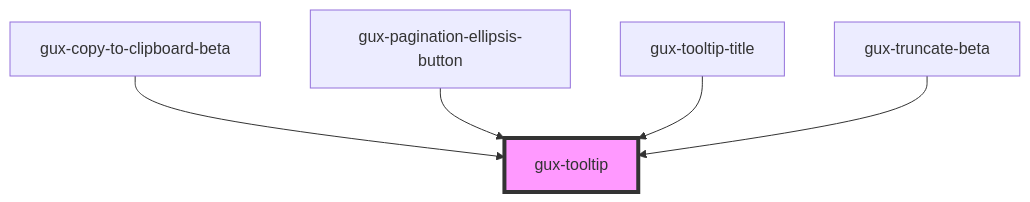
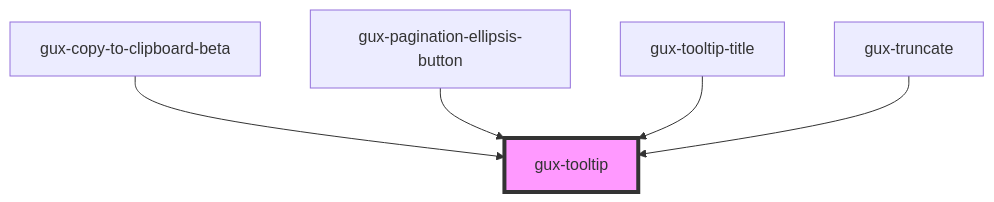
One commit to MyPureCloud/genesys-spark changed the diagram in packages/genesys-spark-components/src/components/stable/gux-tooltip/readme.md. Above: the diagram before and after it, drawn with Mermaid. The commit also changed other lines of this file and 39 other files, not shown here.

First line of the commit message:
refactor(truncate): move from beta to stable

````diff
--- a/packages/genesys-spark-components/src/components/stable/gux-tooltip/readme.md
+++ b/packages/genesys-spark-components/src/components/stable/gux-tooltip/readme.md
@@ -74,8 +74,8 @@
 ```mermaid
 graph TD;
   gux-copy-to-clipboard-beta --> gux-tooltip
   gux-pagination-ellipsis-button --> gux-tooltip
   gux-tooltip-title --> gux-tooltip
-  gux-truncate-beta --> gux-tooltip
+  gux-truncate --> gux-tooltip
   style gux-tooltip fill:#f9f,stroke:#333,stroke-width:4px
 ```
````
